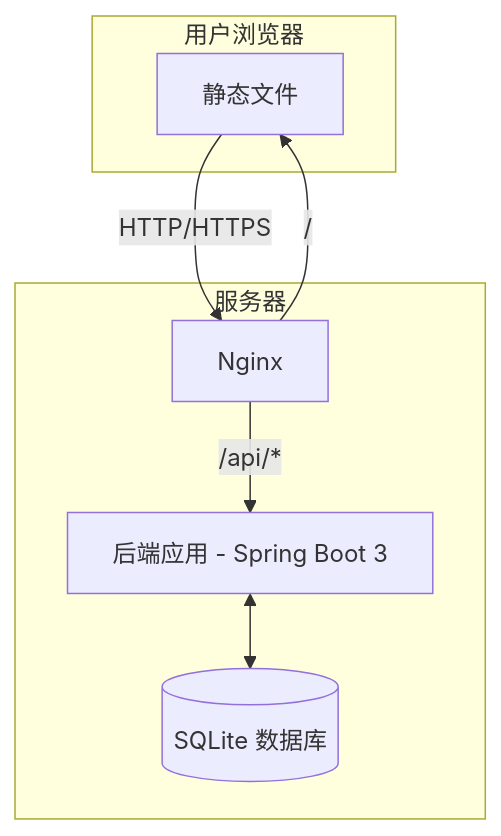
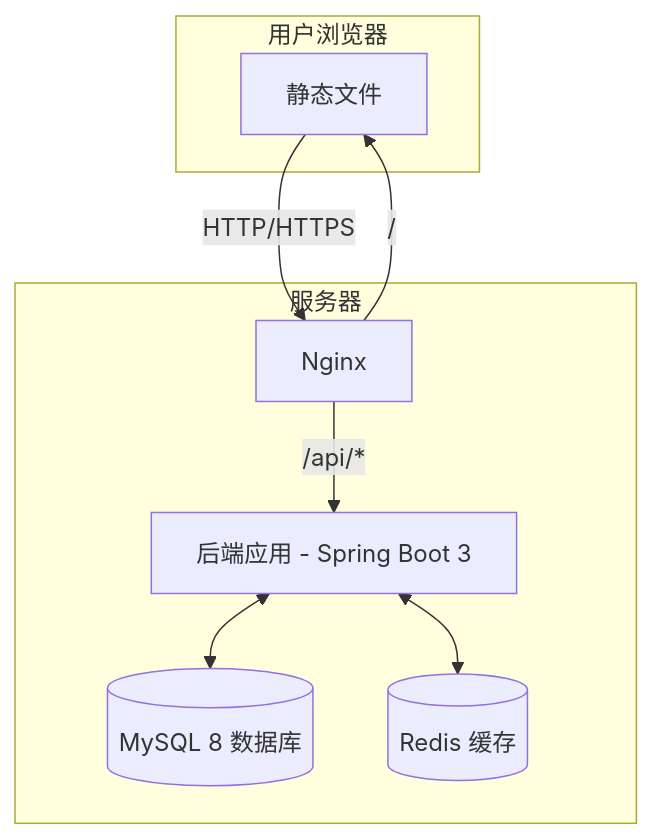
The first of 2 diagrams in docs/概要设计说明书.md (UchihaYe/springboot_master_team_knowledge_base), drawn with Mermaid before and after one commit. The commit also changed other lines of this file and 54 other files, not shown here.

````diff
--- a/docs/概要设计说明书.md
+++ b/docs/概要设计说明书.md
@@ -21,17 +22,19 @@
 ```mermaid
 graph TD
     subgraph "用户浏览器"
         A[用户界面 - Vue 3]
     end
 
     subgraph "服务器"
         B[Nginx]
         C[后端应用 - Spring Boot 3]
-        D[(SQLite 数据库)]
+        D[(MySQL 8 数据库)]
+        E[(Redis 缓存)]
     end
 
     A -- HTTP/HTTPS --> B
     B -- /api/* --> C
     B -- / --> A[静态文件]
     C <--> D
+    C <--> E
 ```
````
